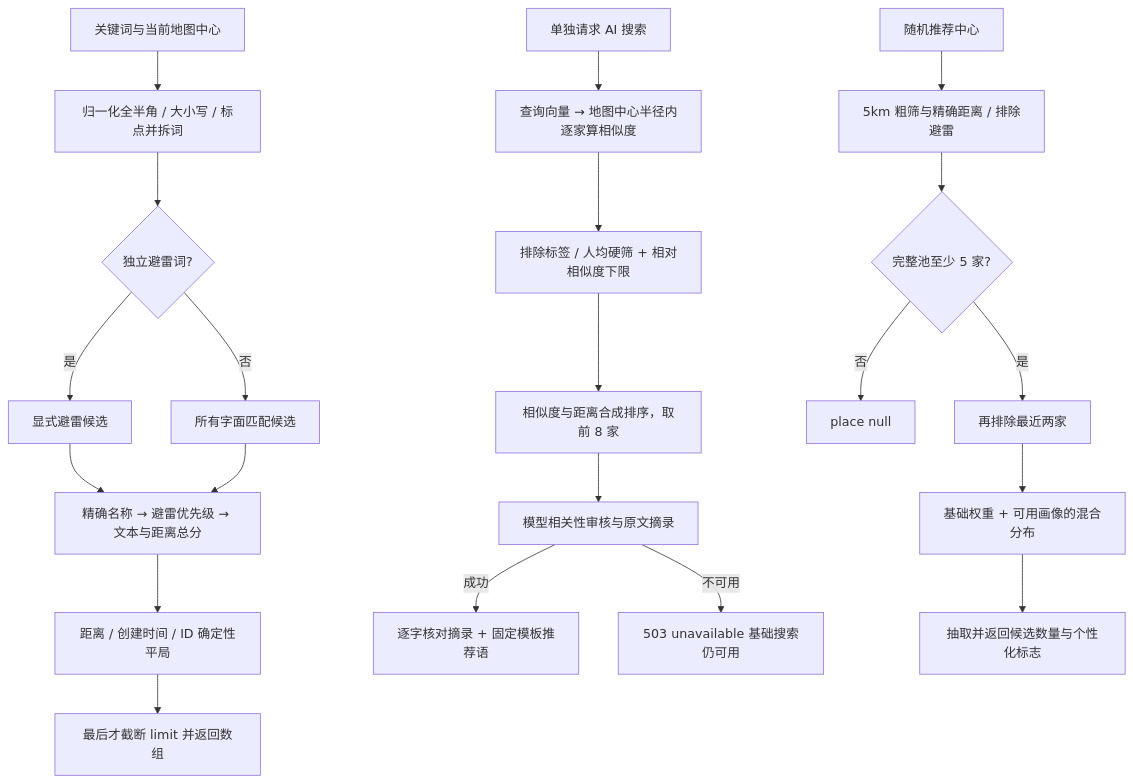
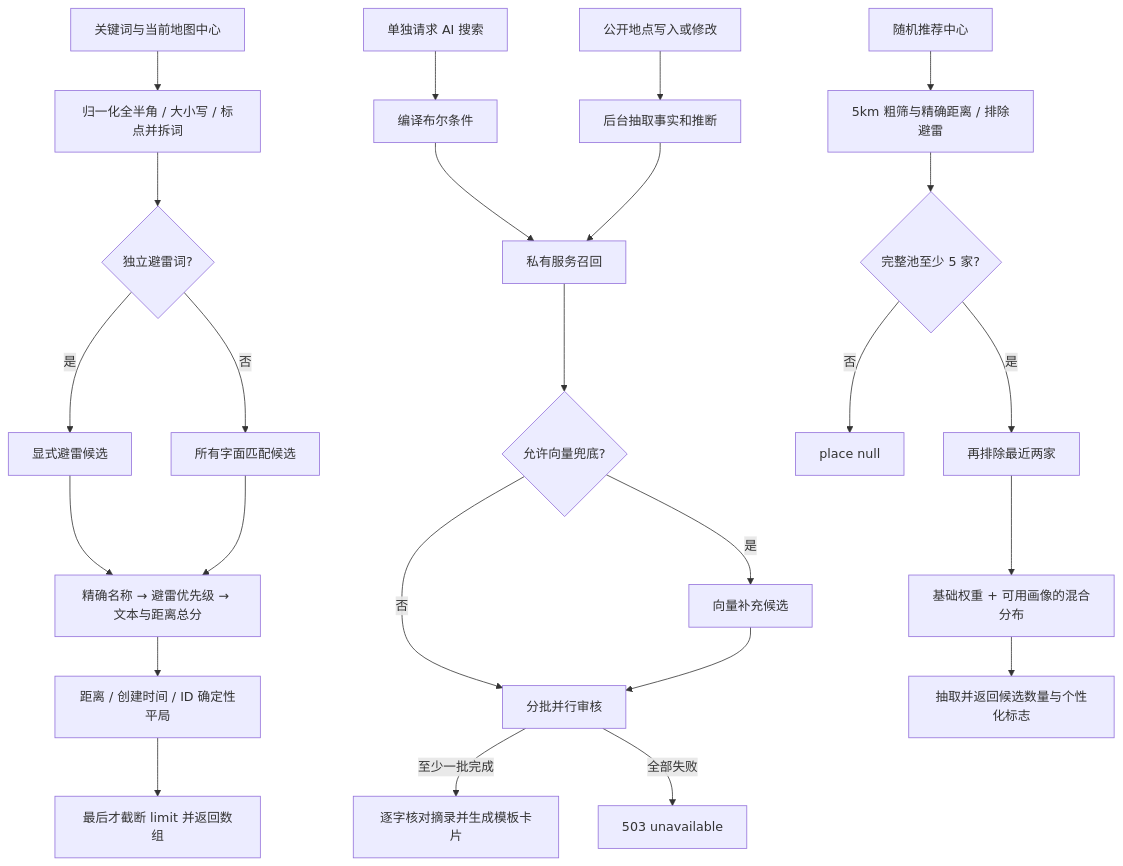
The diagram in backend/modules/discovery/doc/README.md (DinnerpartyFoodMap/dinnerparty_community), drawn with Mermaid before and after one commit. The commit also changed other lines of this file and 22 other files, not shown here.

````diff
--- a/backend/modules/discovery/doc/README.md
+++ b/backend/modules/discovery/doc/README.md
@@ -5,23 +5,27 @@
 ```mermaid
 flowchart TD
     Query[关键词与当前地图中心] --> Normalize[归一化全半角 / 大小写 / 标点并拆词]
     Normalize --> Explicit{独立避雷词?}
     Explicit -->|是| Filter[显式避雷候选]
     Explicit -->|否| Recall[所有字面匹配候选]
     Filter --> Rank[精确名称 → 避雷优先级 → 文本与距离总分]
     Recall --> Rank
     Rank --> Tie[距离 / 创建时间 / ID 确定性平局]
     Tie --> Limit[最后才截断 limit 并返回数组]
-    AI[单独请求 AI 搜索] --> Embed[查询向量 → 地图中心半径内逐家算相似度]
-    Embed --> Floor[排除标签 / 人均硬筛 + 相对相似度下限]
-    Floor --> Blend[相似度与距离合成排序，取前 8 家]
-    Blend --> Review[模型相关性审核与原文摘录]
-    Review -->|成功| AIResult[逐字核对摘录 + 固定模板推荐语]
-    Review -->|不可用| Degrade[503 unavailable 基础搜索仍可用]
+    Place[公开地点写入或修改] --> Profile[后台抽取事实和推断]
+    AI[单独请求 AI 搜索] --> Compile[编译布尔条件]
+    Compile --> RecallAI[私有服务召回]
+    Profile --> RecallAI
+    RecallAI --> Vector{允许向量兜底?}
+    Vector -->|是| TopUp[向量补充候选]
+    Vector -->|否| Review[分批并行审核]
+    TopUp --> Review
+    Review -->|至少一批完成| AIResult[逐字核对摘录并生成模板卡片]
+    Review -->|全部失败| Degrade[503 unavailable]
     Random[随机推荐中心] --> Five[5km 粗筛与精确距离 / 排除避雷]
     Five --> Pool{完整池至少 5 家?}
     Pool -->|否| Empty[place null]
     Pool -->|是| Exclude[再排除最近两家]
     Exclude --> Weight[基础权重 + 可用画像的混合分布]
     Weight --> Draw[抽取并返回候选数量与个性化标志]
 ```
````
